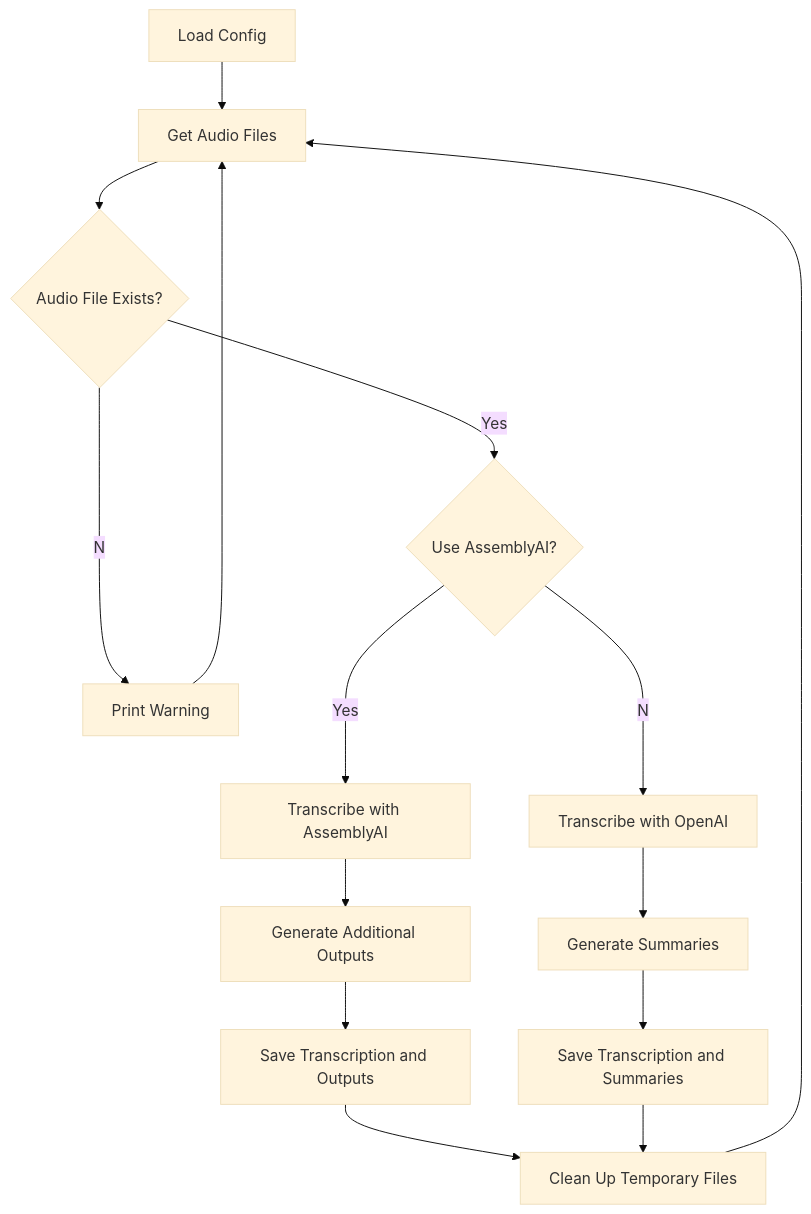
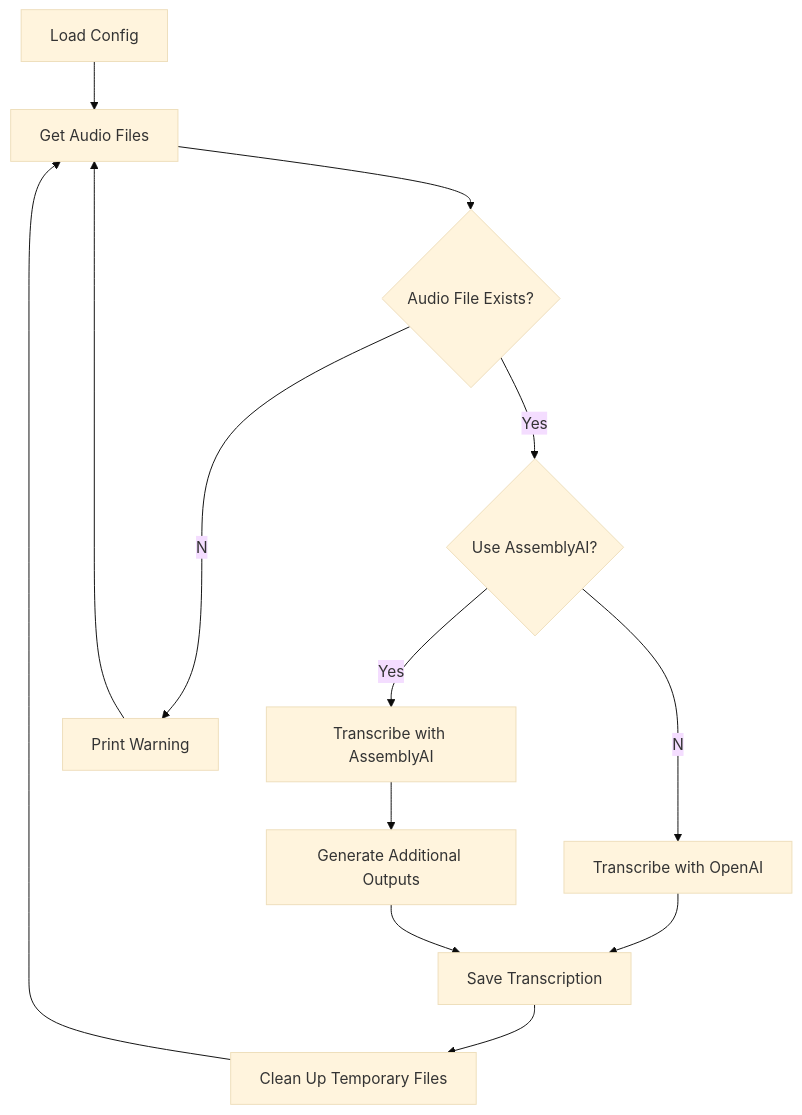
The diagram in README.md (echohello-dev/transcribe-me), drawn with Mermaid (base theme) before and after one commit. The commit also changed other lines of this file, not shown here.

First line of the commit message:
chore: Streamline transcription services and remove Anthropic API.

````diff
--- a/README.md
+++ b/README.md
@@ -9,17 +9,15 @@
 ```mermaid
 graph TD
     A[Load Config] --> B[Get Audio Files]
     B --> C{Audio File Exists?}
     C --Yes--> D{Use AssemblyAI?}
     D --Yes--> E[Transcribe with AssemblyAI]
     D --No--> F[Transcribe with OpenAI]
     E --> G[Generate Additional Outputs]
-    F --> H[Generate Summaries]
-    G --> I[Save Transcription and Outputs]
-    H --> J[Save Transcription and Summaries]
+    F --> I[Save Transcription]
+    G --> I
     I --> K[Clean Up Temporary Files]
-    J --> K
     K --> B
     C --No--> L[Print Warning]
     L --> B
 ```
````
